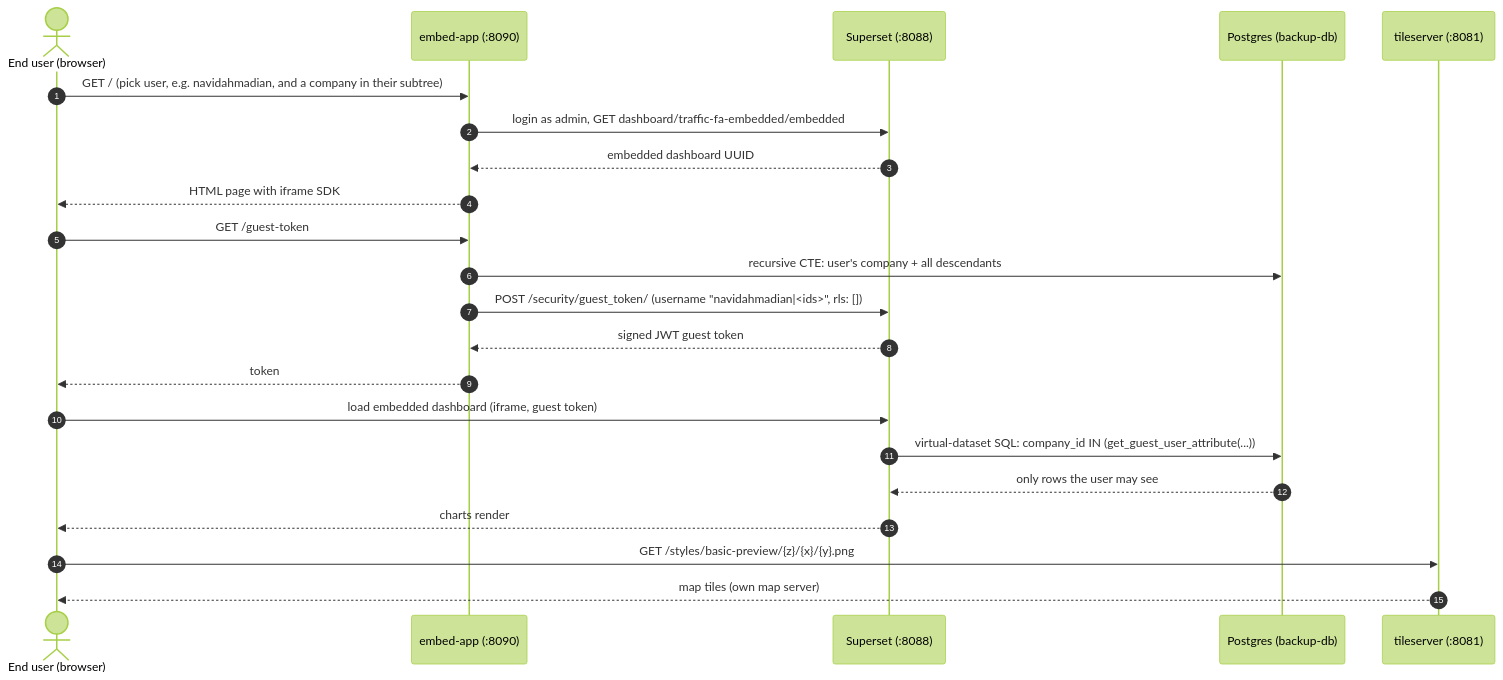
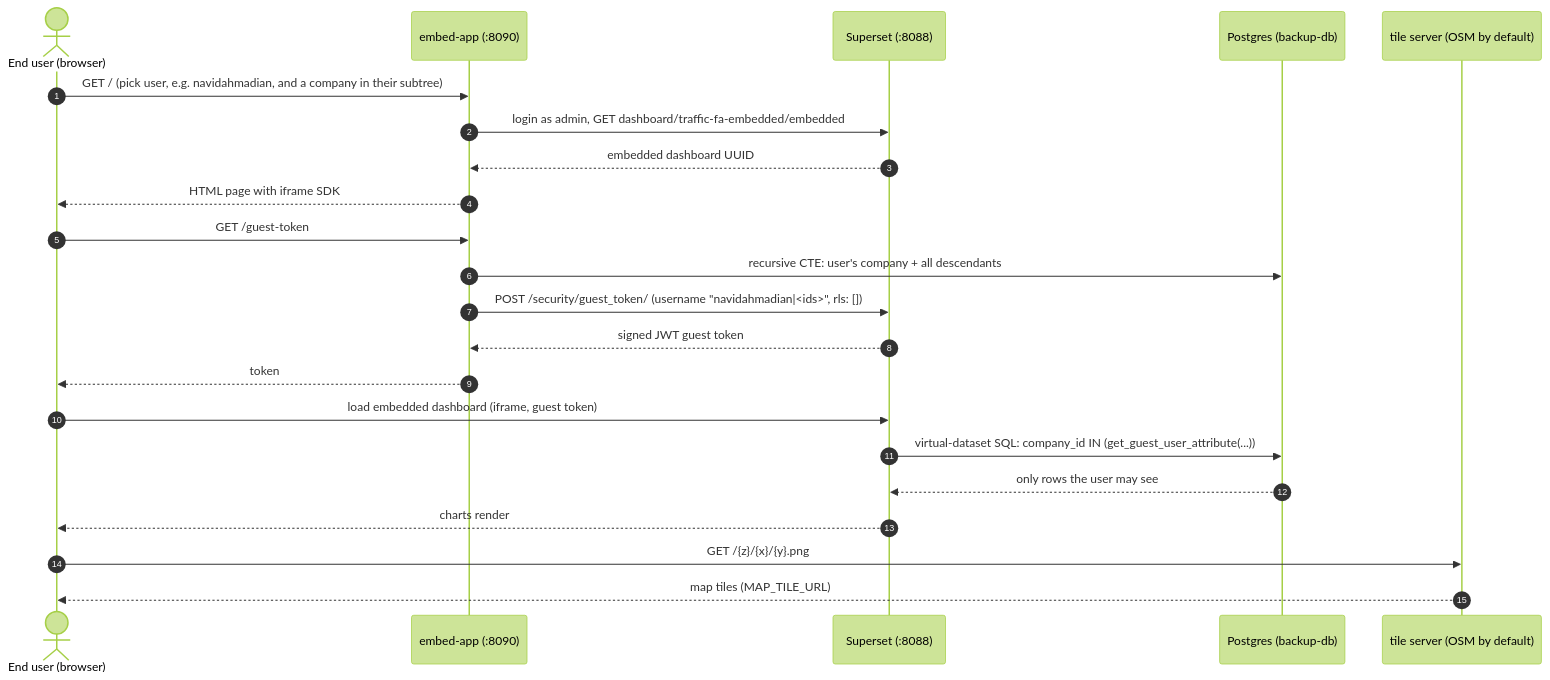
The second of 2 diagrams in README.md (alip990/superset-demo), drawn with Mermaid (forest theme) before and after one commit. The commit also changed other lines of this file and 1 other file, not shown here.

````diff
--- a/README.md
+++ b/README.md
@@ -57,27 +68,27 @@
 ```mermaid
 sequenceDiagram
     autonumber
     actor U as End user (browser)
     participant EA as embed-app (:8090)
     participant SS as Superset (:8088)
     participant PG as Postgres (backup-db)
-    participant TS as tileserver (:8081)
+    participant TS as tile server (OSM by default)
 
     U->>EA: GET / (pick user, e.g. navidahmadian, and a company in their subtree)
     EA->>SS: login as admin, GET dashboard/traffic-fa-embedded/embedded
     SS-->>EA: embedded dashboard UUID
     EA-->>U: HTML page with iframe SDK
 
     U->>EA: GET /guest-token
     EA->>PG: recursive CTE: user's company + all descendants
     EA->>SS: POST /security/guest_token/ (username "navidahmadian|<ids>", rls: [])
     SS-->>EA: signed JWT guest token
     EA-->>U: token
 
     U->>SS: load embedded dashboard (iframe, guest token)
     SS->>PG: virtual-dataset SQL: company_id IN (get_guest_user_attribute(...))
     PG-->>SS: only rows the user may see
     SS-->>U: charts render
-    U->>TS: GET /styles/basic-preview/{z}/{x}/{y}.png
-    TS-->>U: map tiles (own map server)
+    U->>TS: GET /{z}/{x}/{y}.png
+    TS-->>U: map tiles (MAP_TILE_URL)
 ```
````
